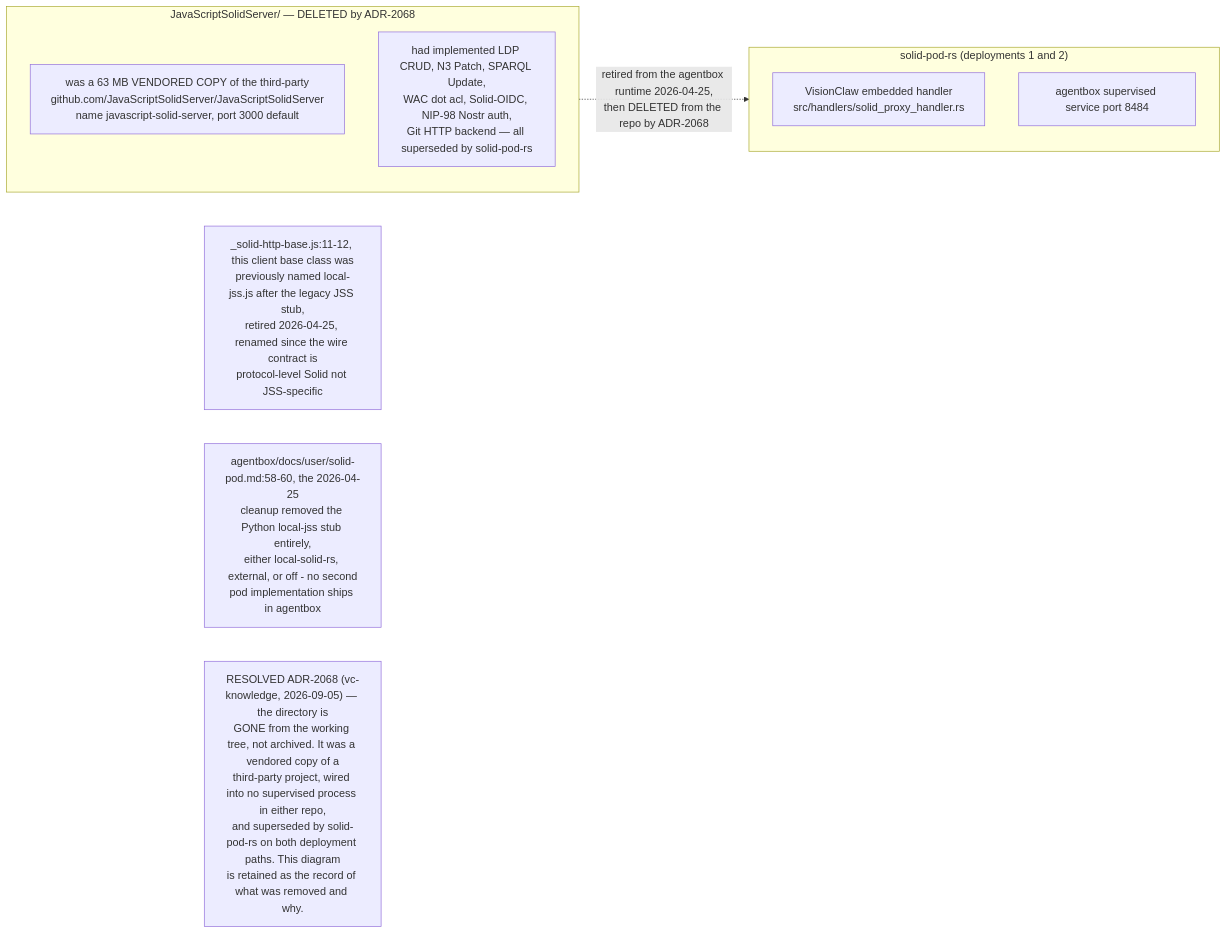
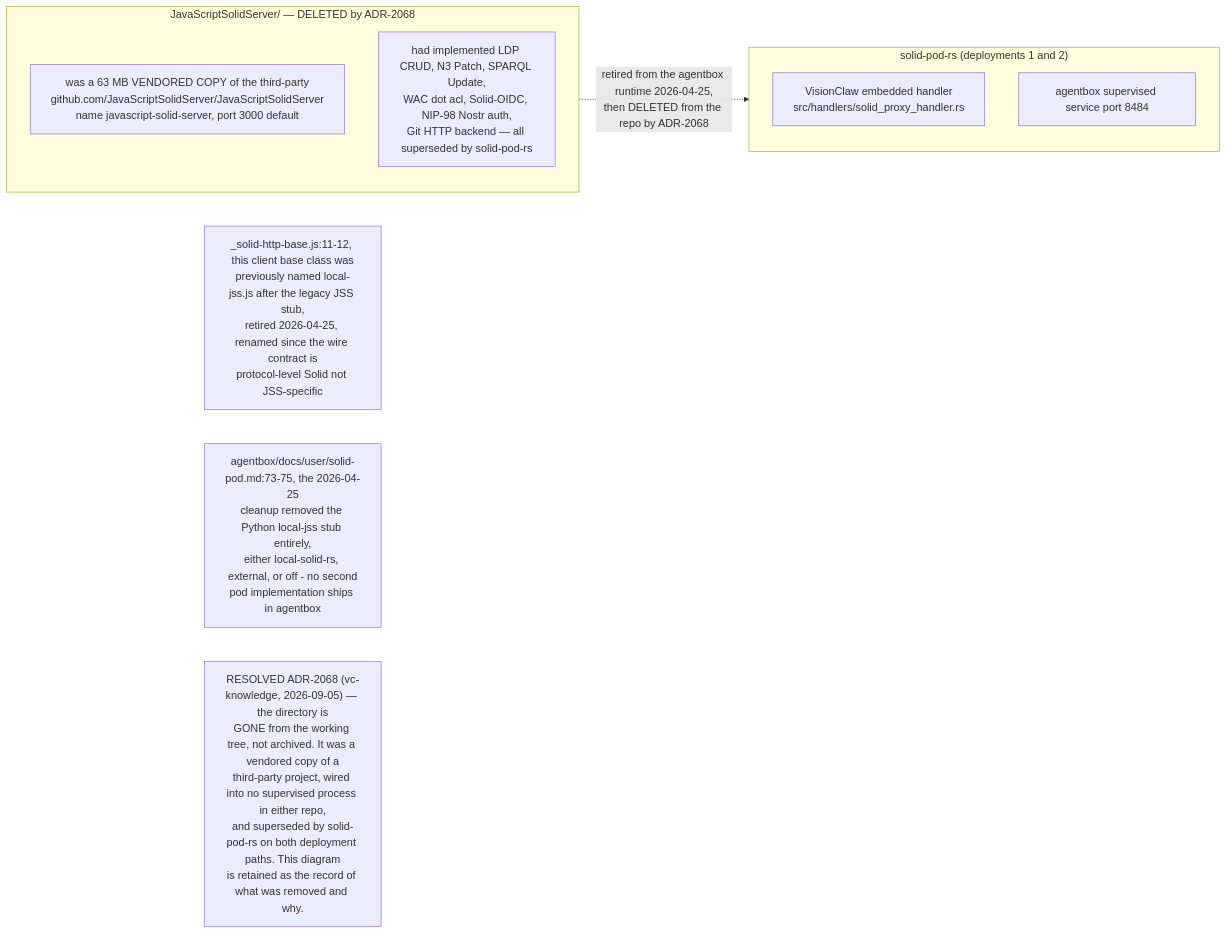
The tenth of 13 diagrams in docs/diagrams/estate/08-solid-pod-estate.md (DreamLab-AI/VisionFlow), drawn with Mermaid before and after one commit. The commit also changed other lines of this file and 160 other files, not shown here.

````diff
--- a/docs/diagrams/estate/08-solid-pod-estate.md
+++ b/docs/diagrams/estate/08-solid-pod-estate.md
@@ -433,18 +437,18 @@
 ```mermaid
 flowchart LR
     subgraph JSS["JavaScriptSolidServer/ — DELETED by ADR-2068"]
         PKG["was a 63 MB VENDORED COPY of the third-party<br/>github.com/JavaScriptSolidServer/JavaScriptSolidServer<br/>name javascript-solid-server, port 3000 default"]
         FEAT["had implemented LDP CRUD, N3 Patch, SPARQL Update,<br/>WAC dot acl, Solid-OIDC, NIP-98 Nostr auth,<br/>Git HTTP backend — all superseded by solid-pod-rs"]
     end
 
     subgraph RUST["solid-pod-rs (deployments 1 and 2)"]
         EMB2["VisionClaw embedded handler<br/>src/handlers/solid_proxy_handler.rs"]
         SRV2["agentbox supervised service port 8484"]
     end
 
     JSS -.->|"retired from the agentbox runtime 2026-04-25,<br/>then DELETED from the repo by ADR-2068"| RUST
 
     NOTE1["_solid-http-base.js:11-12, this client base class was<br/>previously named local-jss.js after the legacy JSS stub,<br/>retired 2026-04-25, renamed since the wire contract is<br/>protocol-level Solid not JSS-specific"]
-    NOTE2["agentbox/docs/user/solid-pod.md:58-60, the 2026-04-25<br/>cleanup removed the Python local-jss stub entirely,<br/>either local-solid-rs, external, or off - no second<br/>pod implementation ships in agentbox"]
+    NOTE2["agentbox/docs/user/solid-pod.md:73-75, the 2026-04-25<br/>cleanup removed the Python local-jss stub entirely,<br/>either local-solid-rs, external, or off - no second<br/>pod implementation ships in agentbox"]
     NOTE3["RESOLVED ADR-2068 (vc-knowledge, 2026-09-05) — the directory is<br/>GONE from the working tree, not archived. It was a vendored copy of a<br/>third-party project, wired into no supervised process in either repo,<br/>and superseded by solid-pod-rs on both deployment paths. This diagram<br/>is retained as the record of what was removed and why."]
 ```
````
